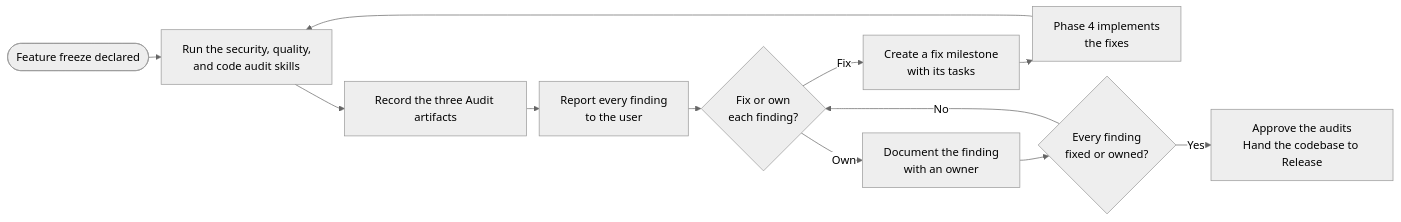
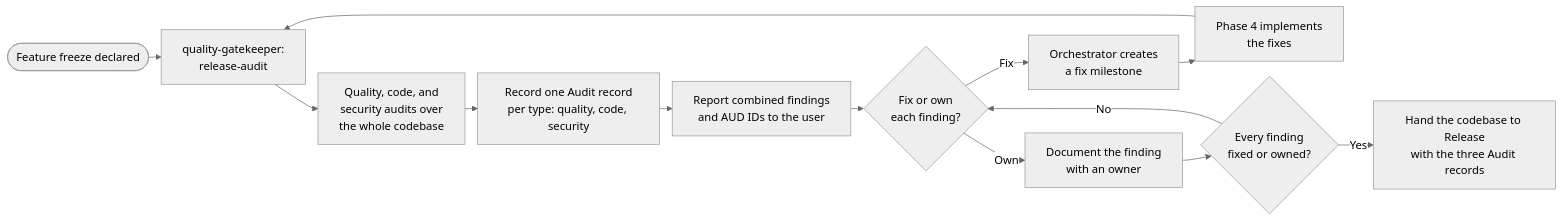
Before and after one commit to lyndametref/opencode-dev-workflow: the diagram in workflows/orchestrator/5-Audit.md, drawn with Mermaid (neutral theme). The commit also changed other lines of this file and 21 other files, not shown here.

Commit message:
modify the audits skills

````diff
--- a/workflows/orchestrator/5-Audit.md
+++ b/workflows/orchestrator/5-Audit.md
@@ -53,15 +54,16 @@
 ```mermaid
 %%{init: {"flowchart": {"nodeSpacing": 10, "rankSpacing": 18}}}%%
 flowchart LR
-    IN([Feature freeze declared]) --> RUN["Run the security, quality,<br/>and code audit skills"]
-    RUN --> ART["Record the three Audit artifacts"]
-    ART --> REPORT["Report every finding<br/>to the user"]
+    IN([Feature freeze declared]) --> RUN["quality-gatekeeper:<br/>release-audit"]
+    RUN --> RUN2["Quality, code, and<br/>security audits over<br/>the whole codebase"]
+    RUN2 --> REC["Record one Audit record<br/>per type: quality, code, security"]
+    REC --> REPORT["Report combined findings<br/>and AUD IDs to the user"]
     REPORT --> DEC{"Fix or own<br/>each finding?"}
-    DEC -->|"Fix"| FIX["Create a fix milestone<br/>with its tasks"]
+    DEC -->|"Fix"| FIX["Orchestrator creates<br/>a fix milestone"]
     FIX --> IMPL["Phase 4 implements<br/>the fixes"]
     IMPL --> RUN
     DEC -->|"Own"| DOC["Document the finding<br/>with an owner"]
     DOC --> DONE{"Every finding<br/>fixed or owned?"}
     DONE -->|"No"| DEC
-    DONE -->|"Yes"| OUT["Approve the audits<br/>Hand the codebase to Release"]
+    DONE -->|"Yes"| OUT["Hand the codebase to Release<br/>with the three Audit records"]
 ```
````
